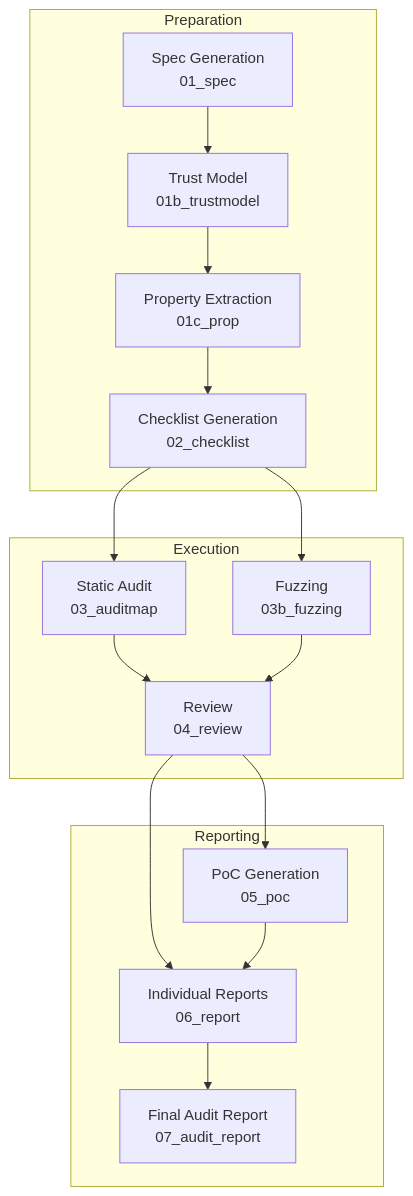
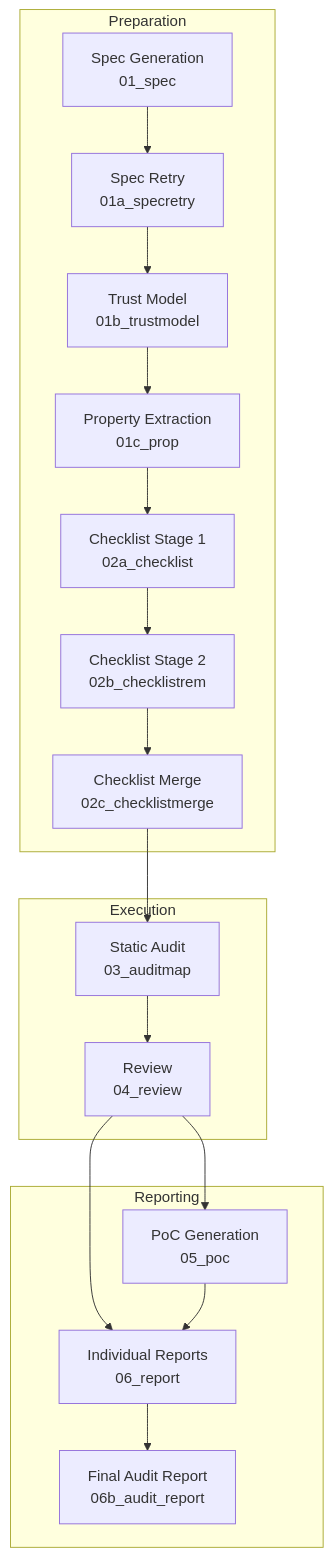
Before and after one commit to Meta-Develop/speca_for_codex: the diagram in README.md, drawn with Mermaid. The commit also changed other lines of this file, not shown here.

````diff
--- a/README.md
+++ b/README.md
@@ -180,22 +181,23 @@
 ```mermaid
 flowchart TB
     subgraph Preparation
-    A[Spec Generation<br/>01_spec] --> B[Trust Model<br/>01b_trustmodel]
+    A[Spec Generation<br/>01_spec] --> A2[Spec Retry<br/>01a_specretry]
+    A2 --> B[Trust Model<br/>01b_trustmodel]
     B --> C[Property Extraction<br/>01c_prop]
-    C --> D[Checklist Generation<br/>02_checklist]
+    C --> D1[Checklist Stage 1<br/>02a_checklist]
+    D1 --> D2[Checklist Stage 2<br/>02b_checklistrem]
+    D2 --> D3[Checklist Merge<br/>02c_checklistmerge]
     end
 
     subgraph Execution
-    D --> E[Static Audit<br/>03_auditmap]
-    D --> F[Fuzzing<br/>03b_fuzzing]
+    D3 --> E[Static Audit<br/>03_auditmap]
     E --> G[Review<br/>04_review]
-    F --> G
     end
 
     subgraph Reporting
     G --> H[PoC Generation<br/>05_poc]
     G --> I[Individual Reports<br/>06_report]
     H --> I
-    I --> J[Final Audit Report<br/>07_audit_report]
+    I --> J[Final Audit Report<br/>06b_audit_report]
     end
 ```
````
